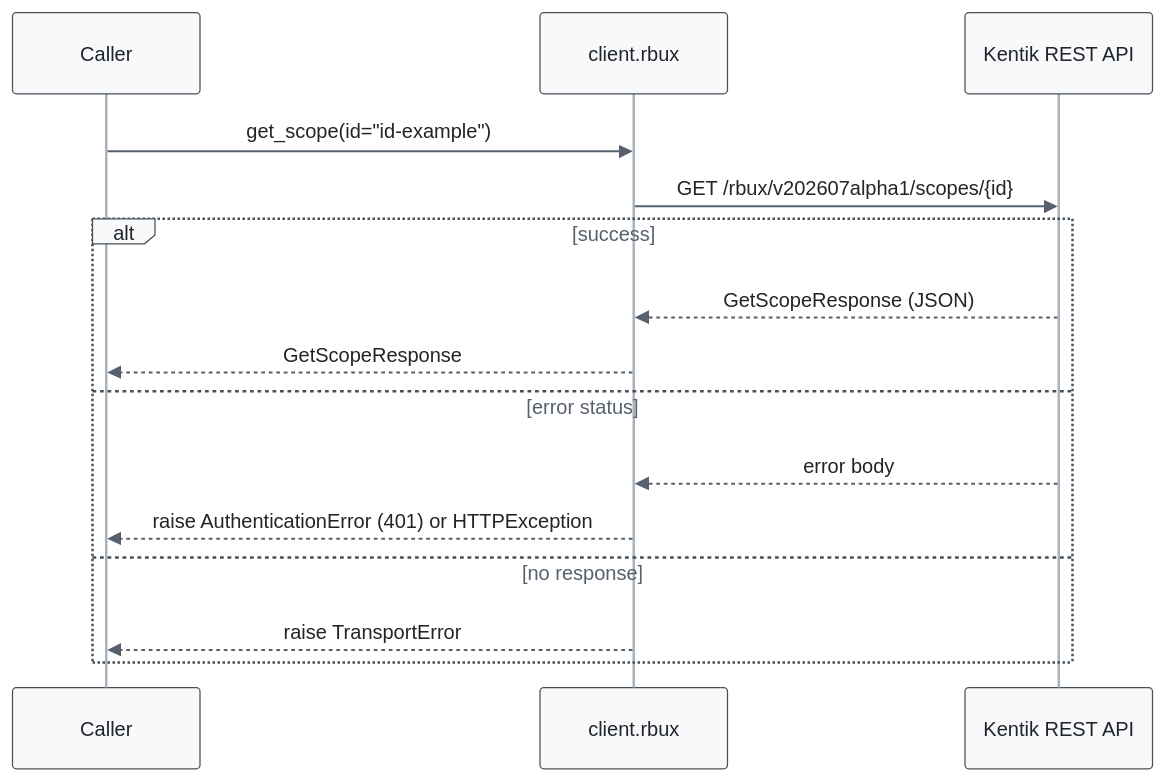
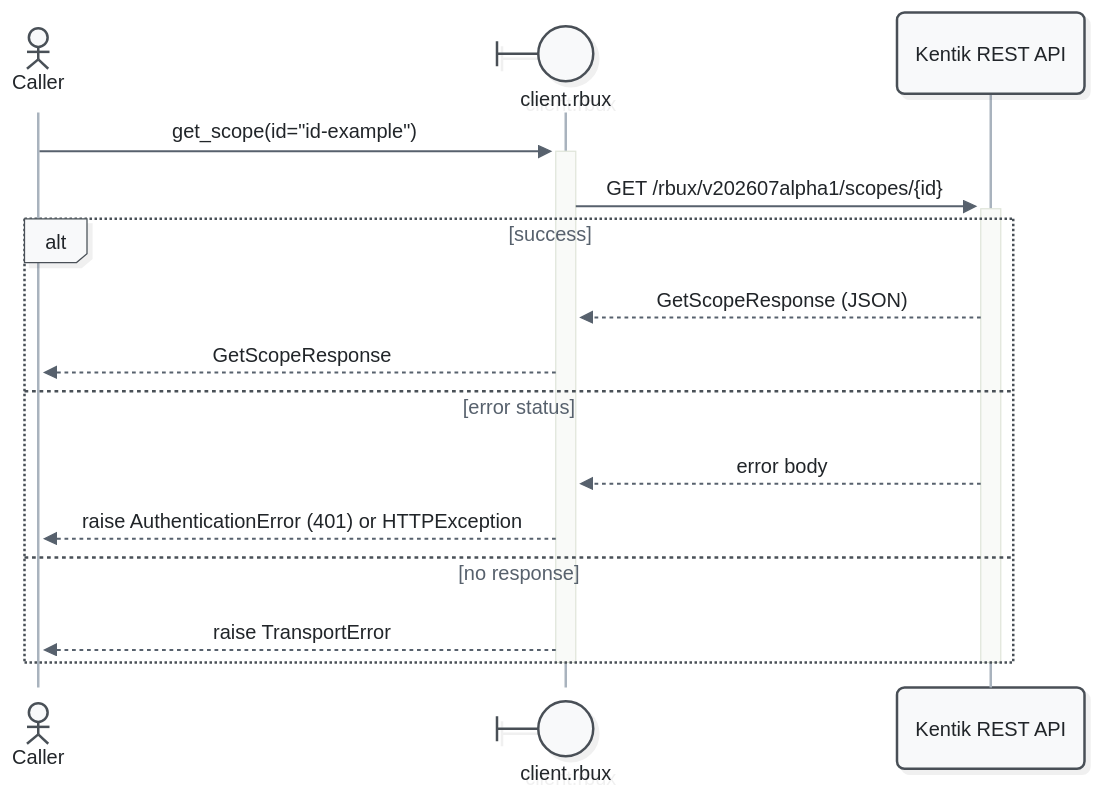
Before and after one commit to alexdearaujo/community_sdk_python: the fifth of 11 diagrams in docs/sphinx/services/rbux.md, drawn with Mermaid. The commit also changed other lines of this file and 52 other files, not shown here.

First line of the commit message:
docs: Mermaid 12 sequence diagrams with participant types and path colors

````diff
--- a/docs/sphinx/services/rbux.md
+++ b/docs/sphinx/services/rbux.md
@@ -182,19 +192,21 @@
 ```mermaid
-%%{init: {"theme": "base", "fontFamily": "ui-monospace, SFMono-Regular, Menlo, monospace", "themeVariables": {"fontFamily": "ui-monospace, SFMono-Regular, Menlo, monospace", "primaryColor": "#f8f9fa", "primaryBorderColor": "#495057", "primaryTextColor": "#212529", "textColor": "#212529", "lineColor": "#77818c", "edgeLabelBackground": "#ffffff", "actorBkg": "#f8f9fa", "actorBorder": "#495057", "actorTextColor": "#212529", "actorLineColor": "#a9b3be", "signalColor": "#57616d", "signalTextColor": "#212529", "labelBoxBkgColor": "#f8f9fa", "labelBoxBorderColor": "#495057", "labelTextColor": "#212529", "loopTextColor": "#57616d", "noteBkgColor": "#fff9db", "noteBorderColor": "#f08c00", "noteTextColor": "#a35a00"}, "flowchart": {"curve": "step", "nodeSpacing": 30, "rankSpacing": 70, "wrappingWidth": 400}}}%%
+%%{init: {"theme": "redux", "look": "neo", "layout": "dagre", "fontFamily": "ui-monospace, SFMono-Regular, Menlo, monospace", "themeVariables": {"fontFamily": "ui-monospace, SFMono-Regular, Menlo, monospace", "primaryColor": "#f8f9fa", "primaryBorderColor": "#495057", "primaryTextColor": "#212529", "textColor": "#212529", "lineColor": "#77818c", "edgeLabelBackground": "#ffffff", "actorBkg": "#f8f9fa", "actorBorder": "#495057", "actorTextColor": "#212529", "actorLineColor": "#a9b3be", "signalColor": "#57616d", "signalTextColor": "#212529", "labelBoxBkgColor": "#f8f9fa", "labelBoxBorderColor": "#495057", "labelTextColor": "#212529", "loopTextColor": "#57616d", "noteBkgColor": "#fff9db", "noteBorderColor": "#f08c00", "noteTextColor": "#a35a00"}, "sequence": {"activationWidth": 16}, "flowchart": {"curve": "step", "nodeSpacing": 30, "rankSpacing": 70, "wrappingWidth": 400}}}%%
 sequenceDiagram
-    participant C as Caller
-    participant W as client.rbux
+    actor C as Caller
+    participant W@{ "type": "boundary" } as client.rbux
     participant API as Kentik REST API
 
-    C->>W: get_scope(id="id-example")
-    W->>API: GET /rbux/v202607alpha1/scopes/{id}
+    C->>+W: get_scope(id="id-example")
+    W->>+API: GET /rbux/v202607alpha1/scopes/{id}
     alt success
         API-->>W: GetScopeResponse (JSON)
         W-->>C: GetScopeResponse
     else error status
         API-->>W: error body
         W-->>C: raise AuthenticationError (401) or HTTPException
     else no response
         W-->>C: raise TransportError
     end
+    deactivate API
+    deactivate W
 ```
````
